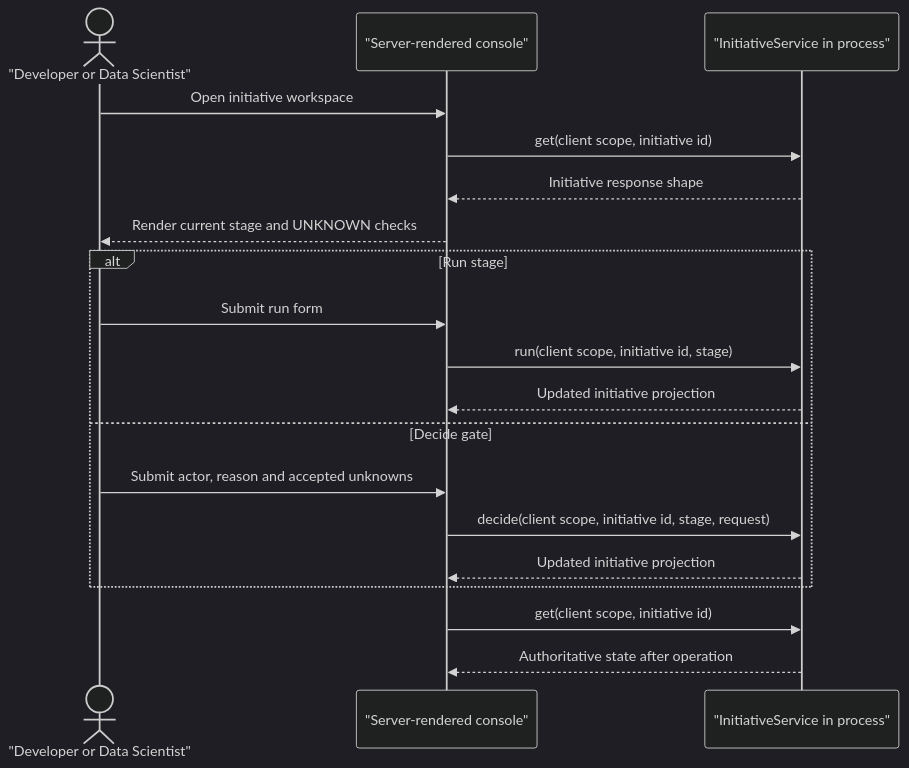
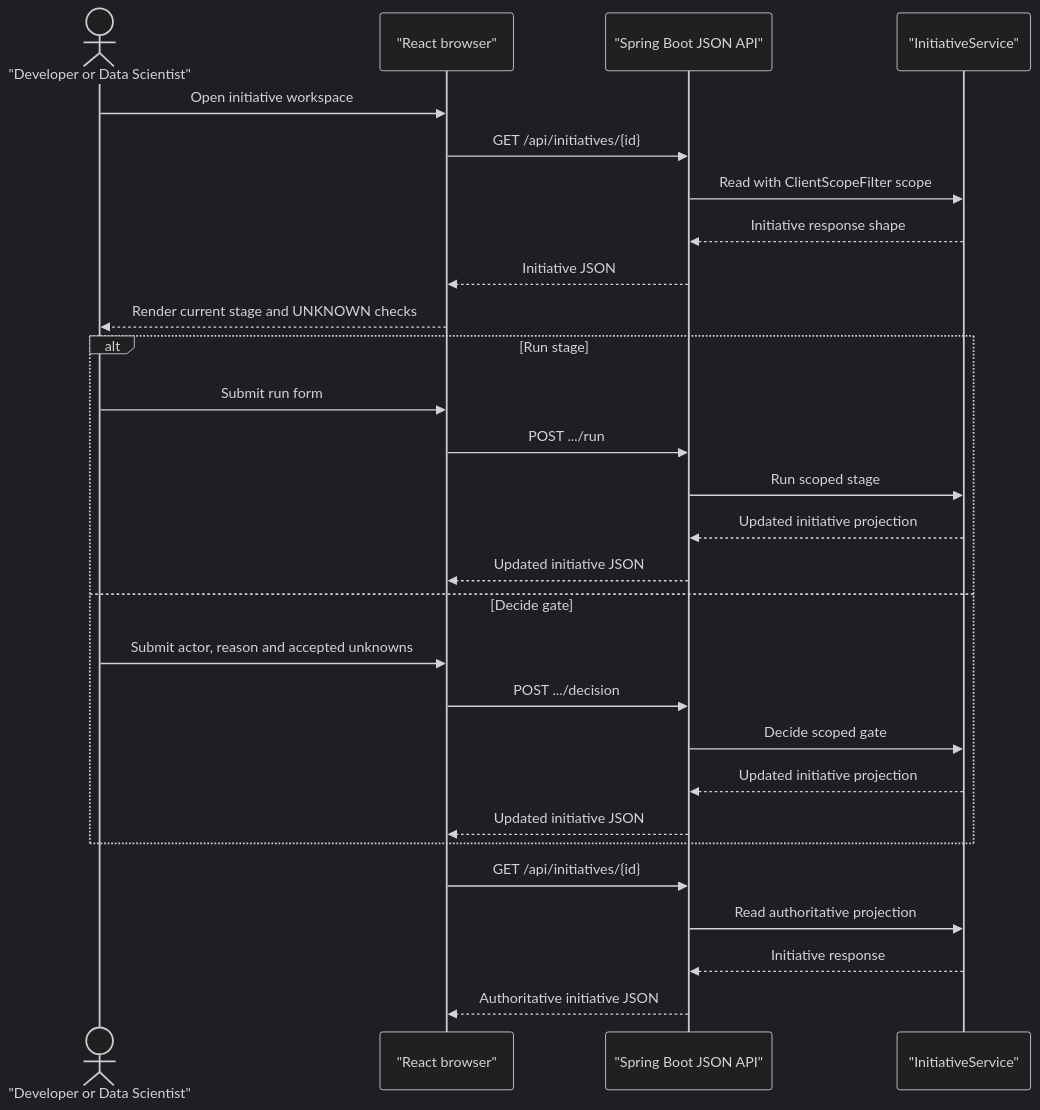
One commit to mohangundappa/aurora-model-studio changed the diagram in docs/design/impl/layer-0-console.md. Above: the diagram before and after it, drawn with Mermaid (dark theme). The commit also changed other lines of this file and 17 other files, not shown here.

Commit message:
docs: apply the per-layer technology rule of React, Spring Boot and Python LangGraph

````diff
--- a/docs/design/impl/layer-0-console.md
+++ b/docs/design/impl/layer-0-console.md
@@ -147,21 +153,30 @@
 ```mermaid
 sequenceDiagram
   actor U as "Developer or Data Scientist"
-  participant C as "Server-rendered console"
-  participant S as "InitiativeService in process"
-  U->>C: Open initiative workspace
-  C->>S: get(client scope, initiative id)
-  S-->>C: Initiative response shape
-  C-->>U: Render current stage and UNKNOWN checks
+  participant B as "React browser"
+  participant A as "Spring Boot JSON API"
+  participant S as "InitiativeService"
+  U->>B: Open initiative workspace
+  B->>A: GET /api/initiatives/{id}
+  A->>S: Read with ClientScopeFilter scope
+  S-->>A: Initiative response shape
+  A-->>B: Initiative JSON
+  B-->>U: Render current stage and UNKNOWN checks
   alt Run stage
-    U->>C: Submit run form
-    C->>S: run(client scope, initiative id, stage)
-    S-->>C: Updated initiative projection
+    U->>B: Submit run form
+    B->>A: POST .../run
+    A->>S: Run scoped stage
+    S-->>A: Updated initiative projection
+    A-->>B: Updated initiative JSON
   else Decide gate
-    U->>C: Submit actor, reason and accepted unknowns
-    C->>S: decide(client scope, initiative id, stage, request)
-    S-->>C: Updated initiative projection
+    U->>B: Submit actor, reason and accepted unknowns
+    B->>A: POST .../decision
+    A->>S: Decide scoped gate
+    S-->>A: Updated initiative projection
+    A-->>B: Updated initiative JSON
   end
-  C->>S: get(client scope, initiative id)
-  S-->>C: Authoritative state after operation
+  B->>A: GET /api/initiatives/{id}
+  A->>S: Read authoritative projection
+  S-->>A: Initiative response
+  A-->>B: Authoritative initiative JSON
 ```
````
